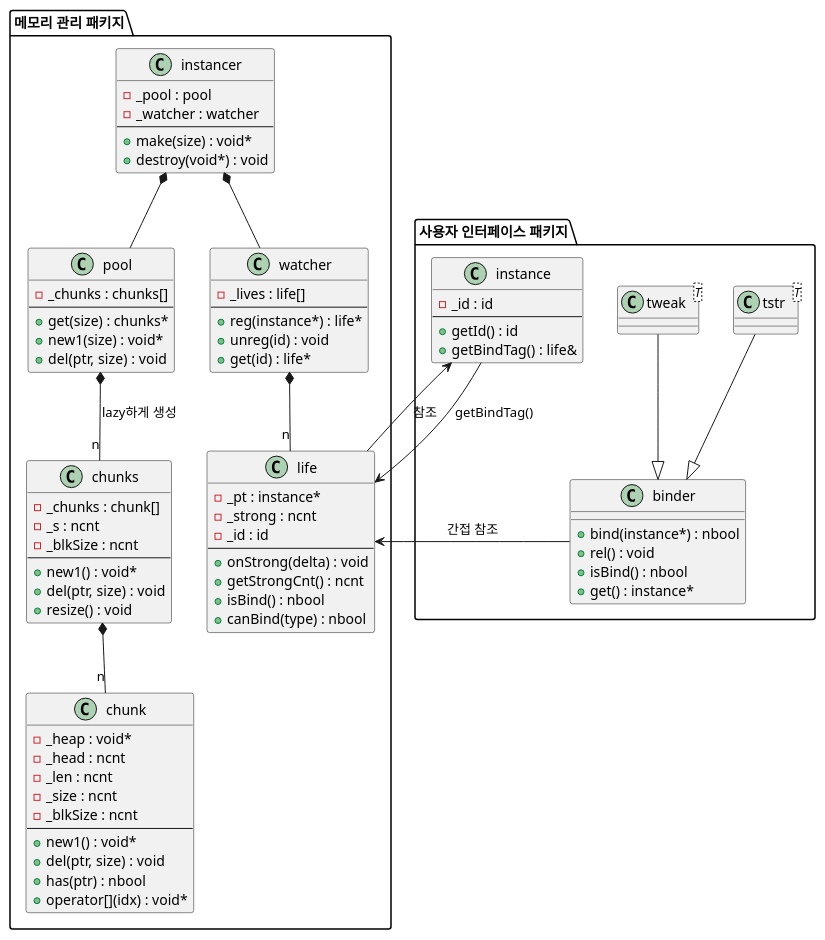
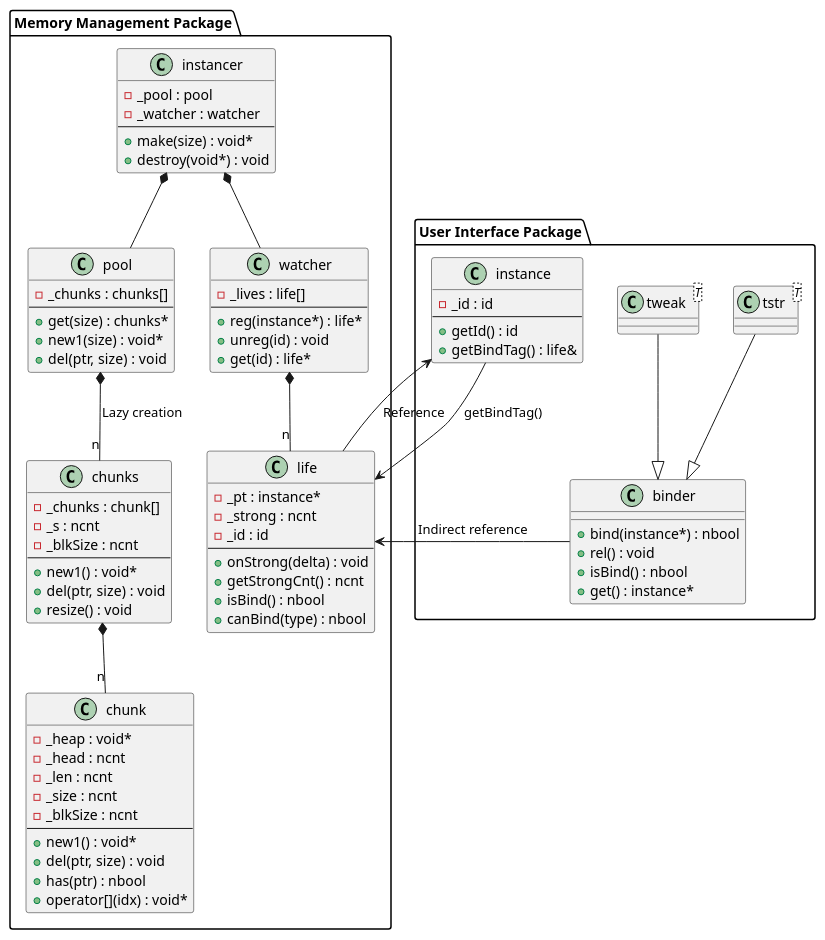
One commit to byeolang/byeol changed the first of 5 diagrams in doc/ref/ko/ag-architecture-memlite.md. Above: the diagram before and after it, drawn with PlantUML. The commit also changed other lines of this file and 5 other files, not shown here.

First line of the commit message:
docs: translate Korean to English in PlantUML blocks

```diff
--- a/doc/ref/ko/ag-architecture-memlite.md
+++ b/doc/ref/ko/ag-architecture-memlite.md
@@ -19,5 +19,5 @@
 @startuml
-package "메모리 관리 패키지" {
+package "Memory Management Package" {
     class "instancer" as instancer {
         - _pool : pool
         - _watcher : watcher
@@ -77,7 +77,7 @@
     }
 }
 
-package "사용자 인터페이스 패키지" {
+package "User Interface Package" {
     class "instance" as instance {
         - _id : id
         ---
@@ -98,12 +98,12 @@
 
 instancer *-- pool
 instancer *-- watcher
-pool *-- "n" chunks : lazy하게 생성
+pool *-- "n" chunks : Lazy creation
 chunks *-- "n" chunk
 watcher *-- "n" life
-life --> instance : 참조
+life --> instance : Reference
 
-binder --> life : 간접 참조
+binder --> life : Indirect reference
 tstr --|> binder
 tweak --|> binder
 instance --> life : getBindTag()
```
